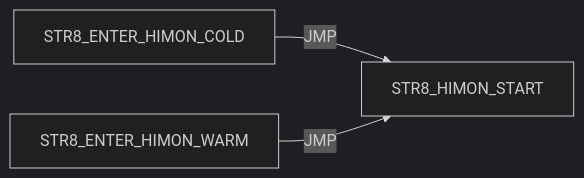
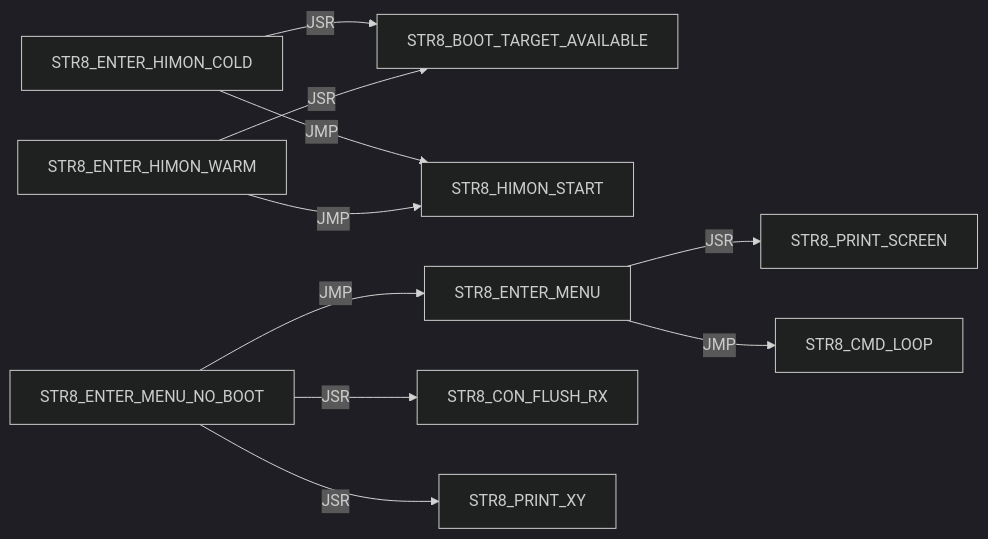
Before and after one commit to 95westus/R-YORS: diagram 15 of 41 in DOC/GUIDES/STR8/STR8_EDGE_DUMP.md, drawn with Mermaid (dark theme). The commit also changed other lines of this file and 40 other files, not shown here.

````diff
--- a/DOC/GUIDES/STR8/STR8_EDGE_DUMP.md
+++ b/DOC/GUIDES/STR8/STR8_EDGE_DUMP.md
@@ -172,5 +199,12 @@
 ```mermaid
 flowchart LR
-    N0["STR8_ENTER_HIMON_COLD"] -->|JMP| N1["STR8_HIMON_START"]
-    N2["STR8_ENTER_HIMON_WARM"] -->|JMP| N1["STR8_HIMON_START"]
+    N0["STR8_ENTER_HIMON_COLD"] -->|JSR| N1["STR8_BOOT_TARGET_AVAILABLE"]
+    N0["STR8_ENTER_HIMON_COLD"] -->|JMP| N2["STR8_HIMON_START"]
+    N3["STR8_ENTER_HIMON_WARM"] -->|JSR| N1["STR8_BOOT_TARGET_AVAILABLE"]
+    N3["STR8_ENTER_HIMON_WARM"] -->|JMP| N2["STR8_HIMON_START"]
+    N4["STR8_ENTER_MENU"] -->|JSR| N5["STR8_PRINT_SCREEN"]
+    N4["STR8_ENTER_MENU"] -->|JMP| N6["STR8_CMD_LOOP"]
+    N7["STR8_ENTER_MENU_NO_BOOT"] -->|JSR| N8["STR8_CON_FLUSH_RX"]
+    N7["STR8_ENTER_MENU_NO_BOOT"] -->|JSR| N9["STR8_PRINT_XY"]
+    N7["STR8_ENTER_MENU_NO_BOOT"] -->|JMP| N4["STR8_ENTER_MENU"]
 ```
````
